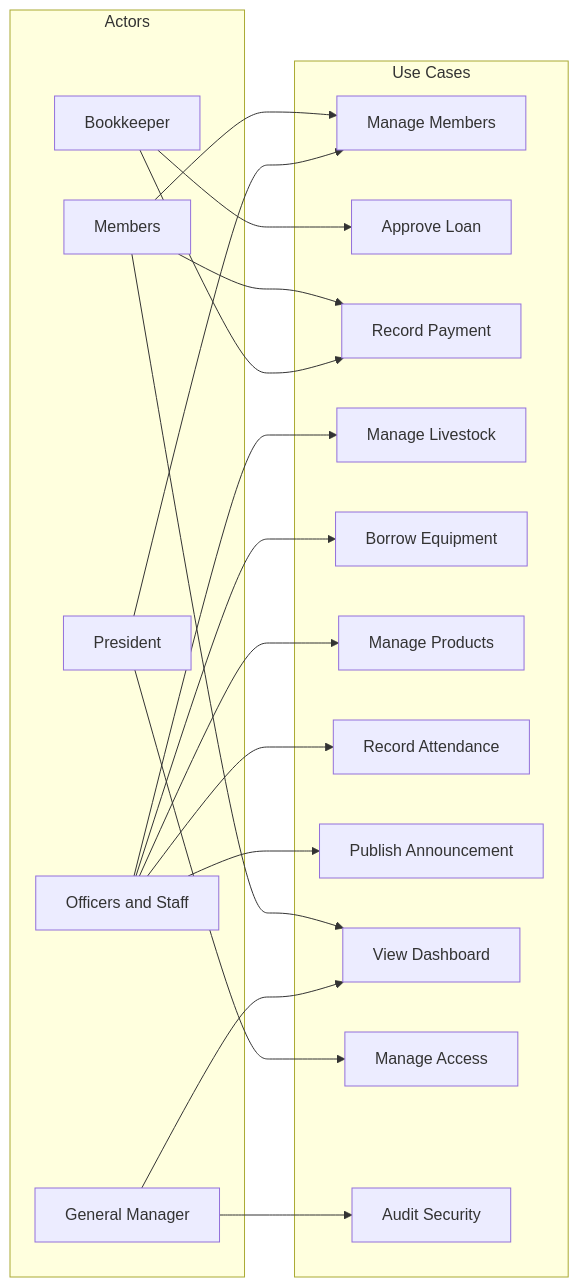
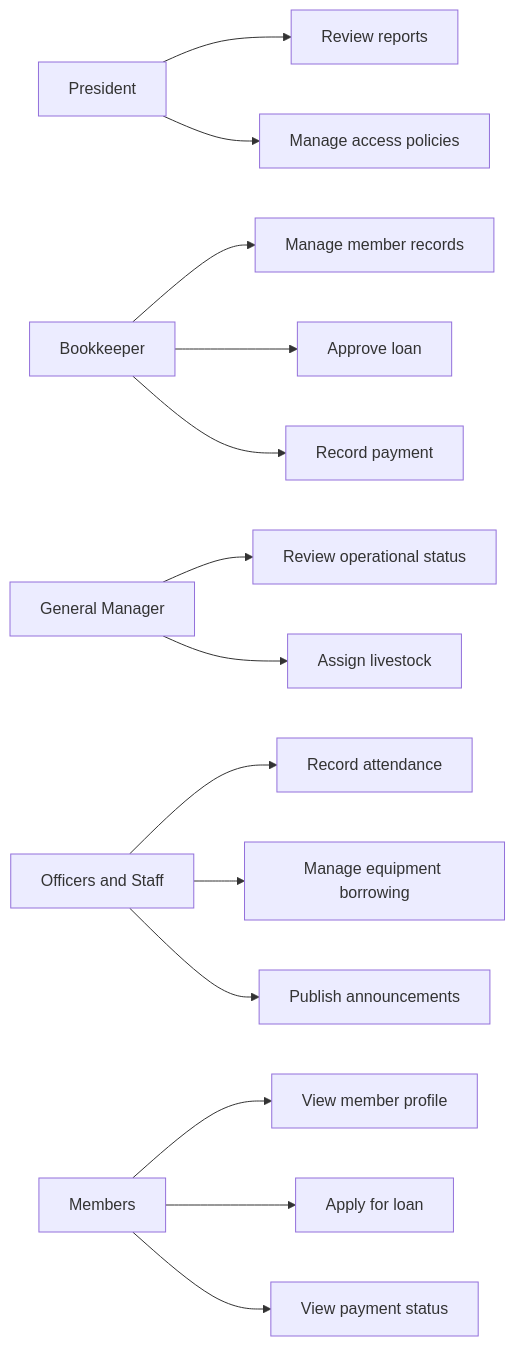
The ninth of 16 diagrams in README.md (Bonuel12142005/KAMBACDIAGRAM), drawn with Mermaid before and after one commit. The commit also changed other lines of this file, not shown here.

Commit message:
Overwrite README.md with the full 16-diagram KIMS proposal summary

````diff
--- a/README.md
+++ b/README.md
@@ -487,39 +409,20 @@
 ```mermaid
 flowchart LR
-    subgraph Actors["Actors"]
-        P["President"]
-        B["Bookkeeper"]
-        G["General Manager"]
-        O["Officers and Staff"]
-        M["Members"]
-    end
+    P["President"] --> U1["Review reports"]
+    P --> U2["Manage access policies"]
 
-    subgraph UseCases["Use Cases"]
-        U1["Manage Members"]
-        U2["Approve Loan"]
-        U3["Record Payment"]
-        U4["Manage Livestock"]
-        U5["Borrow Equipment"]
-        U6["Manage Products"]
-        U7["Record Attendance"]
-        U8["Publish Announcement"]
-        U9["View Dashboard"]
-        U10["Manage Access"]
-        U11["Audit Security"]
-    end
+    B["Bookkeeper"] --> U3["Manage member records"]
+    B --> U4["Approve loan"]
+    B --> U5["Record payment"]
 
-    P --> U1
-    P --> U10
-    B --> U2
-    B --> U3
-    G --> U9
-    G --> U11
-    O --> U4
-    O --> U5
-    O --> U6
-    O --> U7
-    O --> U8
-    M --> U1
-    M --> U3
-    M --> U9
+    G["General Manager"] --> U6["Review operational status"]
+    G --> U7["Assign livestock"]
+
+    O["Officers and Staff"] --> U8["Record attendance"]
+    O --> U9["Manage equipment borrowing"]
+    O --> U10["Publish announcements"]
+
+    M["Members"] --> U11["View member profile"]
+    M --> U12["Apply for loan"]
+    M --> U13["View payment status"]
 ```
````
